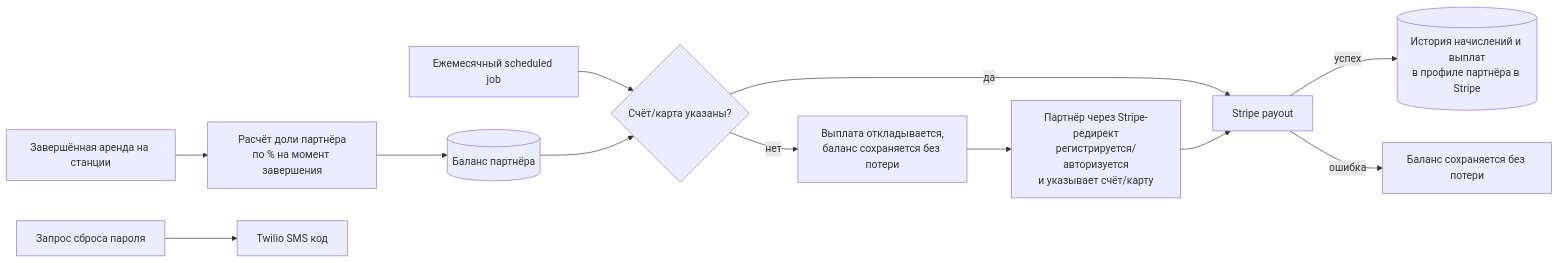
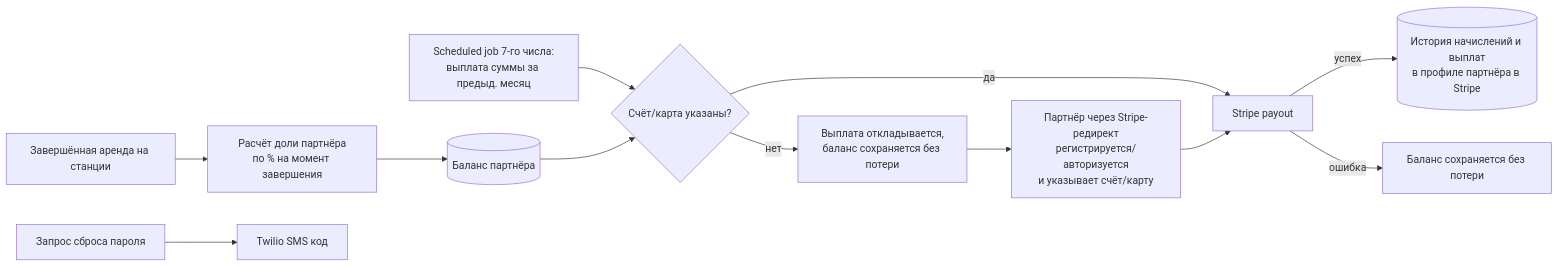
The second of 2 diagrams in gozap-documentation/sa/docs/partners/partner-program/diagrams/overview.md (yatsin11-gif/example), drawn with Mermaid before and after one commit. The commit also changed other lines of this file and 5 other files, not shown here.

````diff
--- a/gozap-documentation/sa/docs/partners/partner-program/diagrams/overview.md
+++ b/gozap-documentation/sa/docs/partners/partner-program/diagrams/overview.md
@@ -26,13 +26,13 @@
 ```mermaid
 flowchart LR
     RENT[Завершённая аренда на станции] --> CALC[Расчёт доли партнёра<br/>по % на момент завершения]
     CALC --> BAL[(Баланс партнёра)]
-    SCHED[Ежемесячный scheduled job] --> CARD{Счёт/карта указаны?}
+    SCHED[Scheduled job 7-го числа:<br/>выплата суммы за предыд. месяц] --> CARD{Счёт/карта указаны?}
     BAL --> CARD
     CARD -->|да| PAY[Stripe payout]
     CARD -->|нет| WAIT[Выплата откладывается,<br/>баланс сохраняется без потери]
     WAIT --> ADDCARD[Партнёр через Stripe-редирект<br/>регистрируется/авторизуется<br/>и указывает счёт/карту] --> PAY
     PAY -->|успех| HIST[(История начислений и выплат<br/>в профиле партнёра в Stripe)]
     PAY -->|ошибка| KEEP[Баланс сохраняется без потери]
     RESET[Запрос сброса пароля] --> TWILIO[Twilio SMS код]
 ```
````
